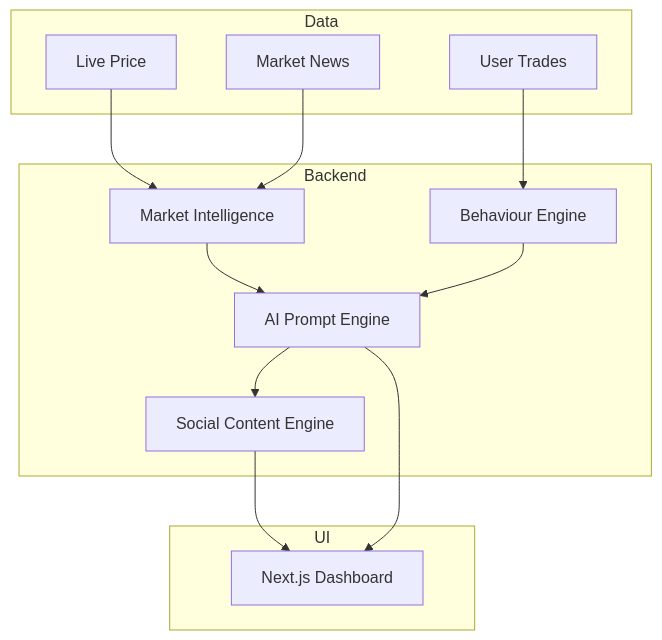
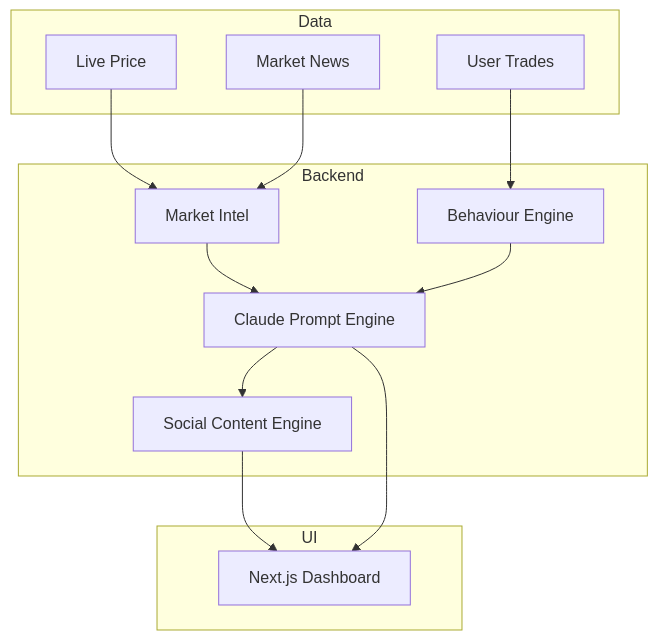
Before and after one commit to HelixEdge/MarketMind: the diagram in Claude.md, drawn with Mermaid. The commit also changed other lines of this file and 1 other file, not shown here.

`````diff
--- a/Claude.md
+++ b/Claude.md
@@ -41,29 +70,29 @@
 ```mermaid
 graph TD
 
 subgraph Data
 P[Live Price]
 N[Market News]
 T[User Trades]
 end
 
 subgraph Backend
-M[Market Intelligence]
+M[Market Intel]
 B[Behaviour Engine]
-C[AI Prompt Engine]
+C[Claude Prompt Engine]
 S[Social Content Engine]
 end
 
 subgraph UI
 D[Next.js Dashboard]
 end
 
 P --> M
 N --> M
 T --> B
 M --> C
 B --> C
 C --> S
 S --> D
 C --> D
-````
+```
`````
